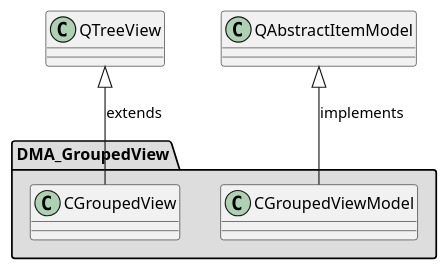
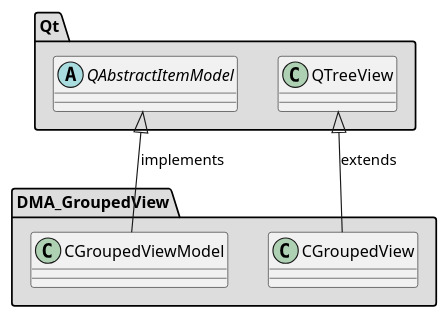
The diagram in md/dev_docs/puml/DMA_GroupedView_standalone.puml (svlad-90/DLT-Message-Analyzer), drawn with PlantUML before and after one commit. The commit also changed 41 other files, not shown here.

First line of the commit message:
[ISSUE #107][REPOSITORY] Extend README to contain a diagram, which will represent dependencies to the third-party repositories

```diff
--- a/md/dev_docs/puml/DMA_GroupedView_standalone.puml
+++ b/md/dev_docs/puml/DMA_GroupedView_standalone.puml
@@ -2,21 +2,34 @@
 @startuml
 
 skinparam wrapWidth 600
 package "DMA_GroupedView" #DDDDDD
 {
 
 class "CGroupedView"
 {
 }
 
 class "CGroupedViewModel"
 {
 }
 
 }
 
+package "Qt" #DDDDDD
+{
+
+abstract class "QAbstractItemModel"
+{
+}
+
+class "QTreeView"
+{
+}
+
+}
+
 '====================Inheritance section====================
 QTreeView <|-- CGroupedView : extends
 QAbstractItemModel <|-- CGroupedViewModel : implements
 
 @enduml
```
